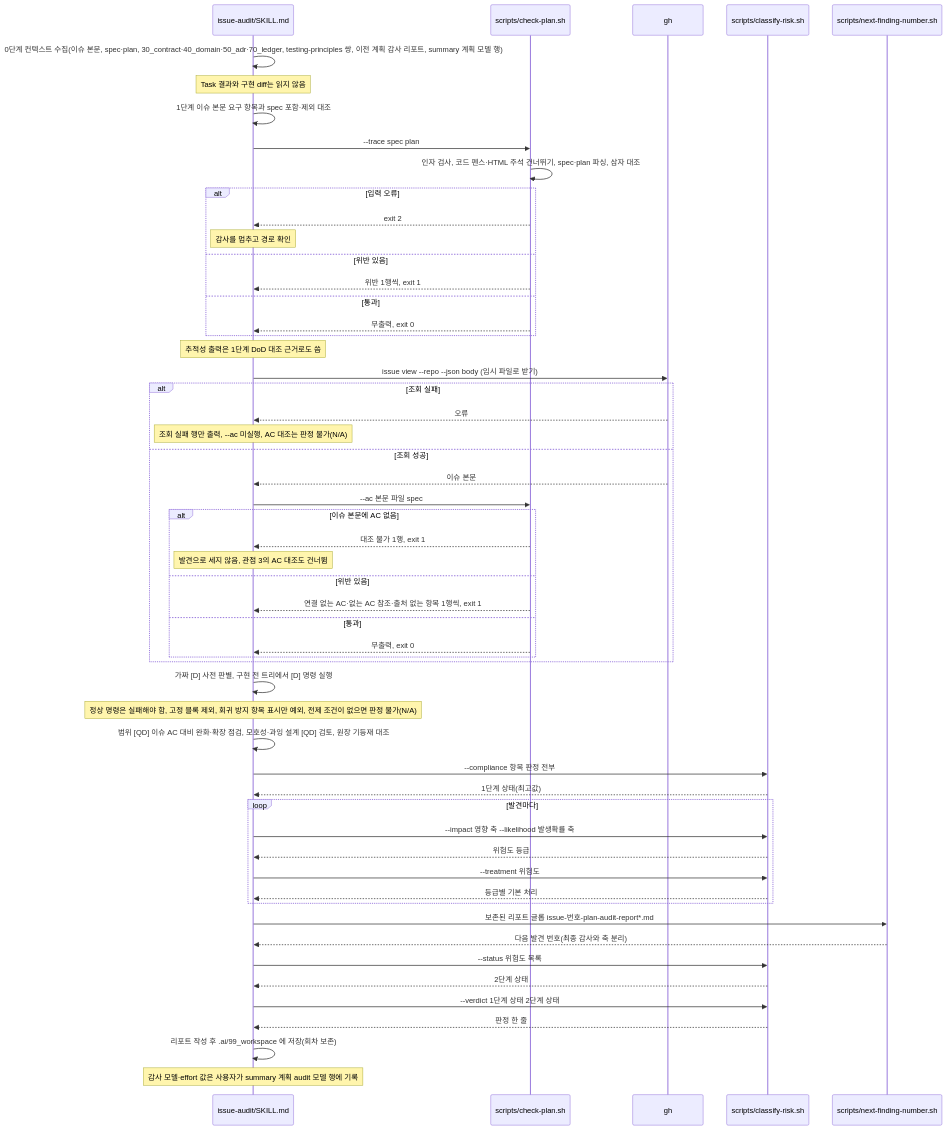
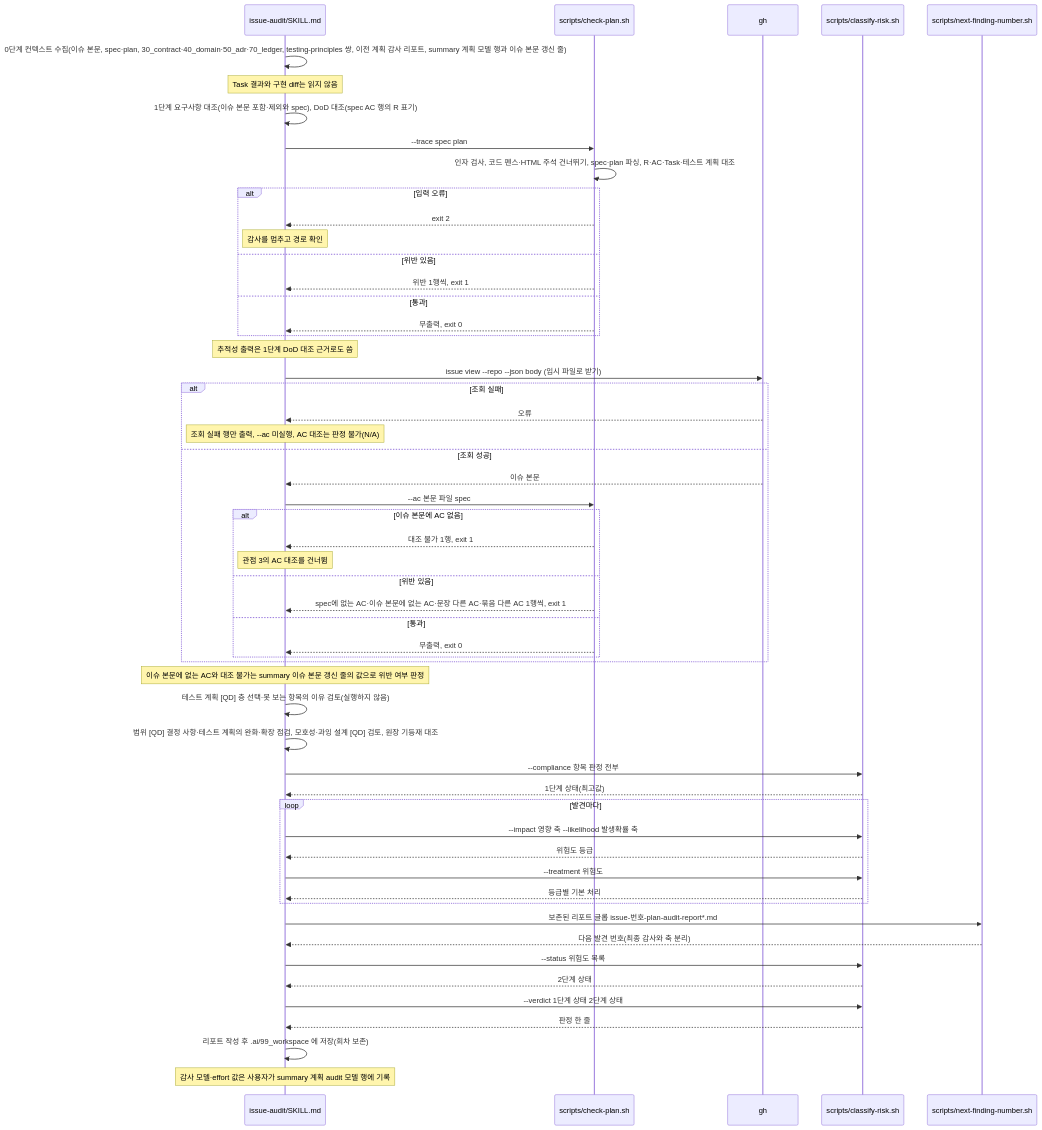
One commit to scroogy-dev/scroogy-agent-skills changed the diagram in .ai/60_codebase/issue-audit/plan-audit-call-flow.md. Above: the diagram before and after it, drawn with Mermaid. The commit also changed other lines of this file and 11 other files, not shown here.

````diff
--- a/.ai/60_codebase/issue-audit/plan-audit-call-flow.md
+++ b/.ai/60_codebase/issue-audit/plan-audit-call-flow.md
@@ -50,58 +57,58 @@
 ```mermaid
 sequenceDiagram
     participant SK as issue-audit/SKILL.md
     participant CP as scripts/check-plan.sh
     participant GH as gh
     participant CR as scripts/classify-risk.sh
     participant NF as scripts/next-finding-number.sh
 
-    SK->>SK: 0단계 컨텍스트 수집(이슈 본문, spec·plan, 30_contract·40_domain·50_adr·70_ledger, testing-principles 쌍, 이전 계획 감사 리포트, summary 계획 모델 행)
+    SK->>SK: 0단계 컨텍스트 수집(이슈 본문, spec·plan, 30_contract·40_domain·50_adr·70_ledger, testing-principles 쌍, 이전 계획 감사 리포트, summary 계획 모델 행과 이슈 본문 갱신 줄)
     Note over SK: Task 결과와 구현 diff는 읽지 않음
-    SK->>SK: 1단계 이슈 본문 요구 항목과 spec 포함·제외 대조
+    SK->>SK: 1단계 요구사항 대조(이슈 본문 포함·제외와 spec), DoD 대조(spec AC 행의 R 표기)
     SK->>CP: --trace spec plan
-    CP->>CP: 인자 검사, 코드 펜스·HTML 주석 건너뛰기, spec·plan 파싱, 삼자 대조
+    CP->>CP: 인자 검사, 코드 펜스·HTML 주석 건너뛰기, spec·plan 파싱, R·AC·Task·테스트 계획 대조
     alt 입력 오류
         CP-->>SK: exit 2
         Note over SK: 감사를 멈추고 경로 확인
     else 위반 있음
         CP-->>SK: 위반 1행씩, exit 1
     else 통과
         CP-->>SK: 무출력, exit 0
     end
     Note over SK: 추적성 출력은 1단계 DoD 대조 근거로도 씀
     SK->>GH: issue view --repo --json body (임시 파일로 받기)
     alt 조회 실패
         GH-->>SK: 오류
         Note over SK: 조회 실패 행만 출력, --ac 미실행, AC 대조는 판정 불가(N/A)
     else 조회 성공
         GH-->>SK: 이슈 본문
         SK->>CP: --ac 본문 파일 spec
         alt 이슈 본문에 AC 없음
             CP-->>SK: 대조 불가 1행, exit 1
-            Note over SK: 발견으로 세지 않음, 관점 3의 AC 대조도 건너뜀
+            Note over SK: 관점 3의 AC 대조를 건너뜀
         else 위반 있음
-            CP-->>SK: 연결 없는 AC·없는 AC 참조·출처 없는 항목 1행씩, exit 1
+            CP-->>SK: spec에 없는 AC·이슈 본문에 없는 AC·문장 다른 AC·묶음 다른 AC 1행씩, exit 1
         else 통과
             CP-->>SK: 무출력, exit 0
         end
     end
-    SK->>SK: 가짜 [D] 사전 판별, 구현 전 트리에서 [D] 명령 실행
-    Note over SK: 정상 명령은 실패해야 함, 고정 블록 제외, 회귀 방지 항목 표시만 예외, 전제 조건이 없으면 판정 불가(N/A)
-    SK->>SK: 범위 [QD] 이슈 AC 대비 완화·확장 점검, 모호성·과잉 설계 [QD] 검토, 원장 기등재 대조
+    Note over SK: 이슈 본문에 없는 AC와 대조 불가는 summary 이슈 본문 갱신 줄의 값으로 위반 여부 판정
+    SK->>SK: 테스트 계획 [QD] 층 선택·못 보는 항목의 이유 검토(실행하지 않음)
+    SK->>SK: 범위 [QD] 결정 사항·테스트 계획의 완화·확장 점검, 모호성·과잉 설계 [QD] 검토, 원장 기등재 대조
     SK->>CR: --compliance 항목 판정 전부
     CR-->>SK: 1단계 상태(최고값)
     loop 발견마다
         SK->>CR: --impact 영향 축 --likelihood 발생확률 축
         CR-->>SK: 위험도 등급
         SK->>CR: --treatment 위험도
         CR-->>SK: 등급별 기본 처리
     end
     SK->>NF: 보존된 리포트 글롭 issue-번호-plan-audit-report*.md
     NF-->>SK: 다음 발견 번호(최종 감사와 축 분리)
     SK->>CR: --status 위험도 목록
     CR-->>SK: 2단계 상태
     SK->>CR: --verdict 1단계 상태 2단계 상태
     CR-->>SK: 판정 한 줄
     SK->>SK: 리포트 작성 후 .ai/99_workspace 에 저장(회차 보존)
     Note over SK: 감사 모델·effort 값은 사용자가 summary 계획 audit 모델 행에 기록
 ```
````
